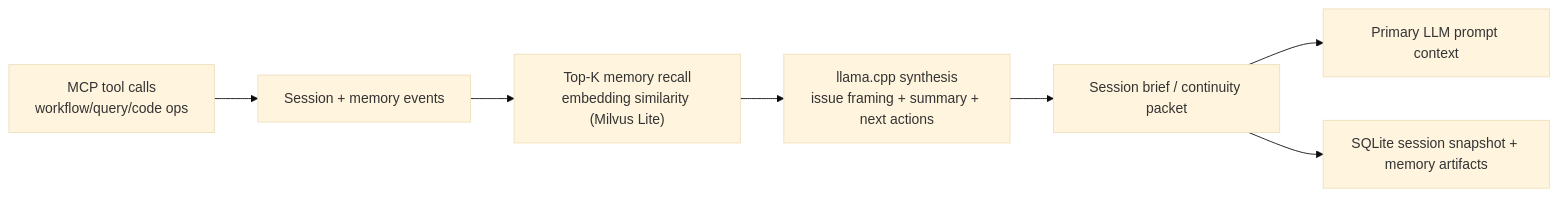
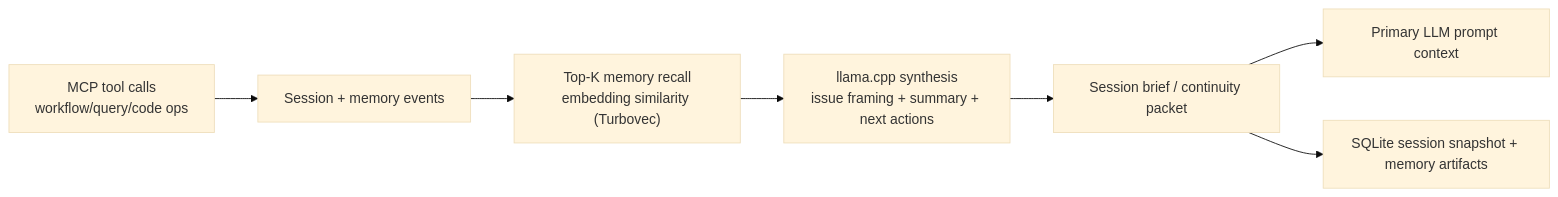
One commit to hiimtrung/minder changed the seventh of 8 diagrams in docs/architecture/system-design.md. Above: the diagram before and after it, drawn with Mermaid (base theme). The commit also changed other lines of this file and 7 other files, not shown here.

Commit message:
chore: replace Milvus Lite with Turbovec as the default embedded vector database in documentation and configuration

````diff
--- a/docs/architecture/system-design.md
+++ b/docs/architecture/system-design.md
@@ -238,9 +238,9 @@
 ```mermaid
 flowchart LR
     ToolCalls["MCP tool calls\nworkflow/query/code ops"] --> EventLog["Session + memory events"]
-    EventLog --> Recall["Top-K memory recall\nembedding similarity (Milvus Lite)"]
+    EventLog --> Recall["Top-K memory recall\nembedding similarity (Turbovec)"]
     Recall --> Synth["llama.cpp synthesis\nissue framing + summary + next actions"]
     Synth --> Brief["Session brief / continuity packet"]
     Brief --> Primary["Primary LLM prompt context"]
     Brief --> Store["SQLite session snapshot + memory artifacts"]
 ```
````
